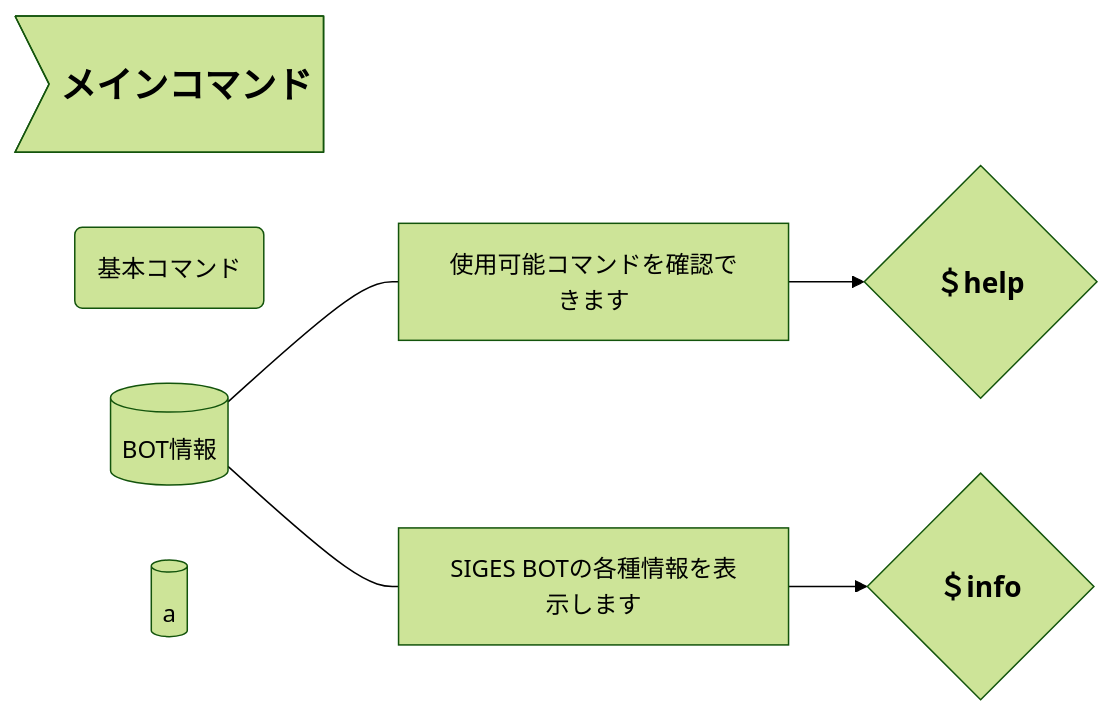
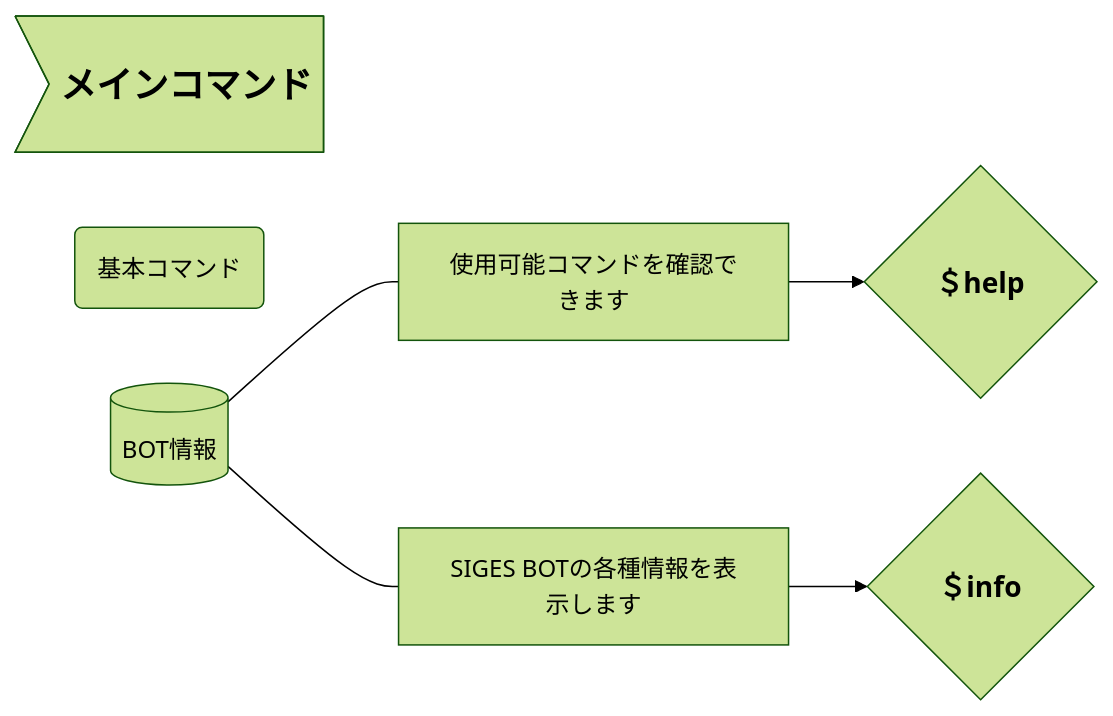
The first of 5 diagrams in README.md (SIGESPLIDE/discordBOT-editible-), drawn with Mermaid (forest theme) before and after one commit.

Commit message:
read meを完成ver.2

````diff
--- a/README.md
+++ b/README.md
@@ -40,11 +40,10 @@
 ```mermaid
 graph LR
     main>"<h2>メインコマンド</h2>"]
     mainfo(基本コマンド)
     main0[(BOT情報)]---main1
-    main0.0[(a)]
     main0---main2
     main1[使用可能コマンドを確認できます]-->help{"<h3>＄help</h3>"}
     main2[SIGES BOTの各種情報を表示します]-->info{"<h3>＄info</h3>"}
 
 ```
````
